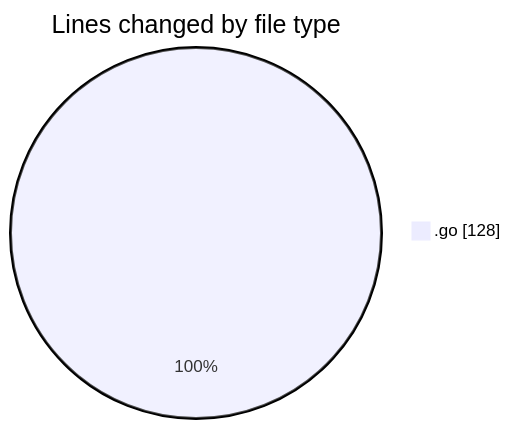
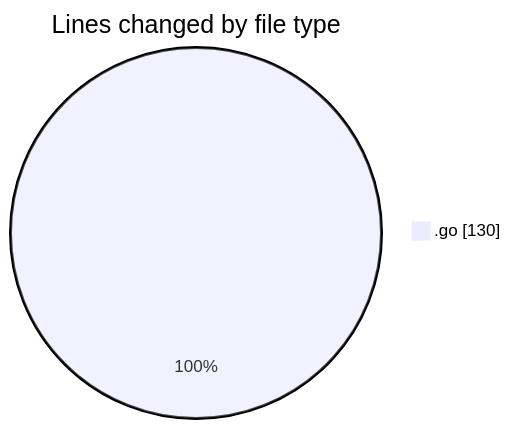
Before and after one commit to robertbonfada/code-tracking: the first of 2 diagrams in 2025-03-01/test-digital-placa/README.md, drawn with Mermaid. The commit also changed other lines of this file and 1 other file, not shown here.

````diff
--- a/2025-03-01/test-digital-placa/README.md
+++ b/2025-03-01/test-digital-placa/README.md
@@ -20,5 +20,5 @@
 ```mermaid
 pie showData
 title Lines changed by file type
-".go" : 128
+".go" : 130
 ```
````
